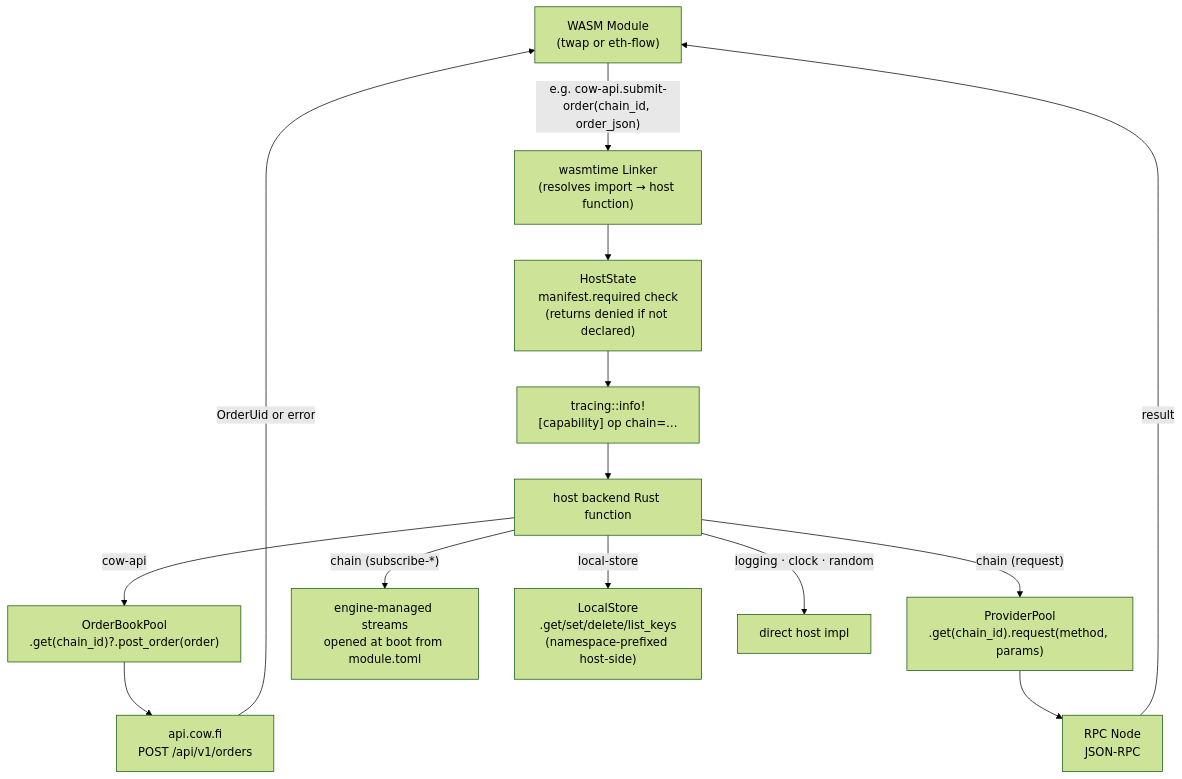
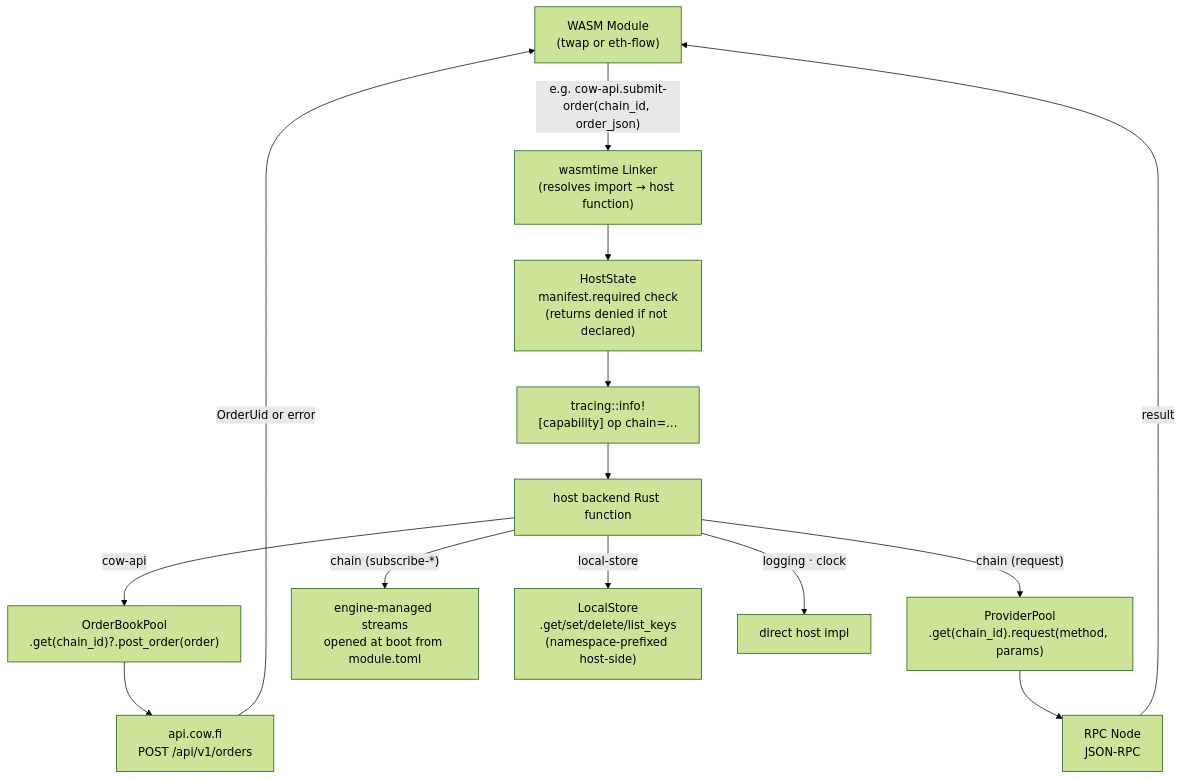
Before and after one commit to bleu/nullis-shepherd: the seventh of 8 diagrams in docs/diagrams/diagrams.md, drawn with Mermaid (forest theme). The commit also changed other lines of this file and 14 other files, not shown here.

First line of the commit message:
refactor(host): drop the random capability in favour of WASI randomness (#109)

````diff
--- a/docs/diagrams/diagrams.md
+++ b/docs/diagrams/diagrams.md
@@ -400,18 +400,18 @@
 ```mermaid
 flowchart TD
     Module["WASM Module\n(twap or eth-flow)"]
     Module -->|"e.g. cow-api.submit-order(chain_id, order_json)"| Linker
     Linker["wasmtime Linker\n(resolves import → host function)"]
     Linker --> CapCheck["HostState\nmanifest.required check\n(returns denied if not declared)"]
     CapCheck --> Trace["tracing::info!\n[capability] op chain=…"]
     Trace --> HostFn["host backend Rust function"]
     HostFn -->|"cow-api"| OBPool["OrderBookPool\n.get(chain_id)?.post_order(order)"]
     HostFn -->|"chain (request)"| ProviderP["ProviderPool\n.get(chain_id).request(method, params)"]
     HostFn -->|"chain (subscribe-*)"| EngineSubs["engine-managed streams\nopened at boot from module.toml"]
     HostFn -->|"local-store"| StoreP["LocalStore\n.get/set/delete/list_keys\n(namespace-prefixed host-side)"]
-    HostFn -->|"logging · clock · random"| Misc["direct host impl"]
+    HostFn -->|"logging · clock"| Misc["direct host impl"]
     OBPool --> CowAPI["api.cow.fi\nPOST /api/v1/orders"]
     ProviderP --> RPCNode["RPC Node\nJSON-RPC"]
     CowAPI -->|"OrderUid or error"| Module
     RPCNode -->|"result"| Module
 ```
````
